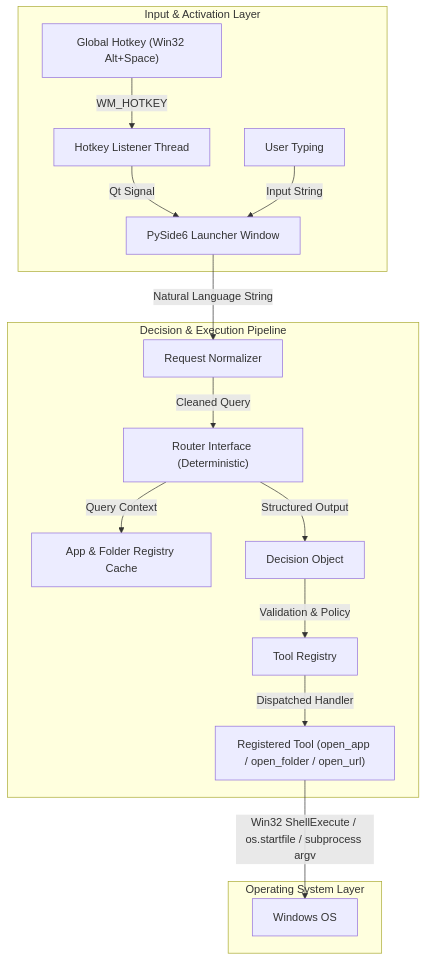
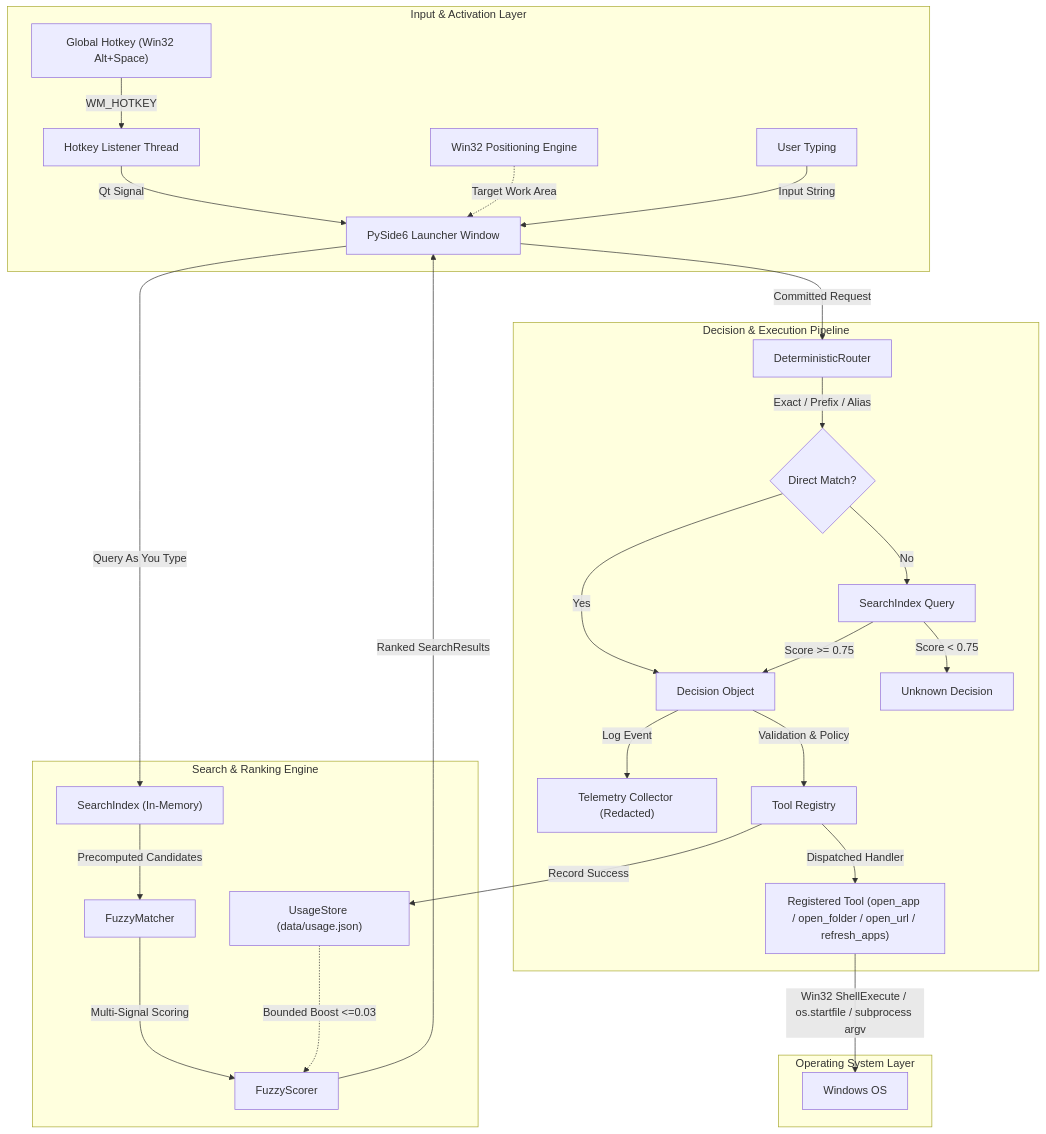
One commit to Voidwalker-AT/AstraRun changed the first of 2 diagrams in docs/ARCHITECTURE.md. Above: the diagram before and after it, drawn with Mermaid. The commit also changed other lines of this file and 41 other files, not shown here.

Commit message:
feat(astrarun): implement v0.2 fuzzy discovery, ranked suggestions, and evaluation harness

````diff
--- a/docs/ARCHITECTURE.md
+++ b/docs/ARCHITECTURE.md
@@ -22,21 +25,34 @@
 ```mermaid
 flowchart TD
     subgraph Input_Layer ["Input & Activation Layer"]
         HK["Global Hotkey (Win32 Alt+Space)"] -->|WM_HOTKEY| HKT["Hotkey Listener Thread"]
         HKT -->|Qt Signal| UI["PySide6 Launcher Window"]
+        Pos["Win32 Positioning Engine"] -.->|Target Work Area| UI
         User["User Typing"] -->|Input String| UI
     end
 
+    subgraph Search_Engine ["Search & Ranking Engine"]
+        UI -->|Query As You Type| Index["SearchIndex (In-Memory)"]
+        Index -->|Precomputed Candidates| Matcher["FuzzyMatcher"]
+        Matcher -->|Multi-Signal Scoring| Scorer["FuzzyScorer"]
+        Usage["UsageStore (data/usage.json)"] -.->|Bounded Boost <=0.03| Scorer
+        Scorer -->|Ranked SearchResults| UI
+    end
+
     subgraph Core_Pipeline ["Decision & Execution Pipeline"]
-        UI -->|Natural Language String| Norm["Request Normalizer"]
-        Norm -->|Cleaned Query| Router["Router Interface (Deterministic)"]
-        Router -->|Query Context| Cache["App & Folder Registry Cache"]
-        Router -->|Structured Output| Dec["Decision Object"]
+        UI -->|Committed Request| Router["DeterministicRouter"]
+        Router -->|Exact / Prefix / Alias| DirectCheck{"Direct Match?"}
+        DirectCheck -->|Yes| Dec["Decision Object"]
+        DirectCheck -->|No| IndexFallback["SearchIndex Query"]
+        IndexFallback -->|Score >= 0.75| Dec
+        IndexFallback -->|Score < 0.75| Unknown["Unknown Decision"]
+        Dec -->|Log Event| Telemetry["Telemetry Collector (Redacted)"]
         Dec -->|Validation & Policy| Reg["Tool Registry"]
-        Reg -->|Dispatched Handler| Tool["Registered Tool (open_app / open_folder / open_url)"]
+        Reg -->|Dispatched Handler| Tool["Registered Tool (open_app / open_folder / open_url / refresh_apps)"]
+        Reg -->|Record Success| Usage
     end
 
     subgraph OS_Layer ["Operating System Layer"]
         Tool -->|Win32 ShellExecute / os.startfile / subprocess argv| WinOS["Windows OS"]
     end
 ```
````
